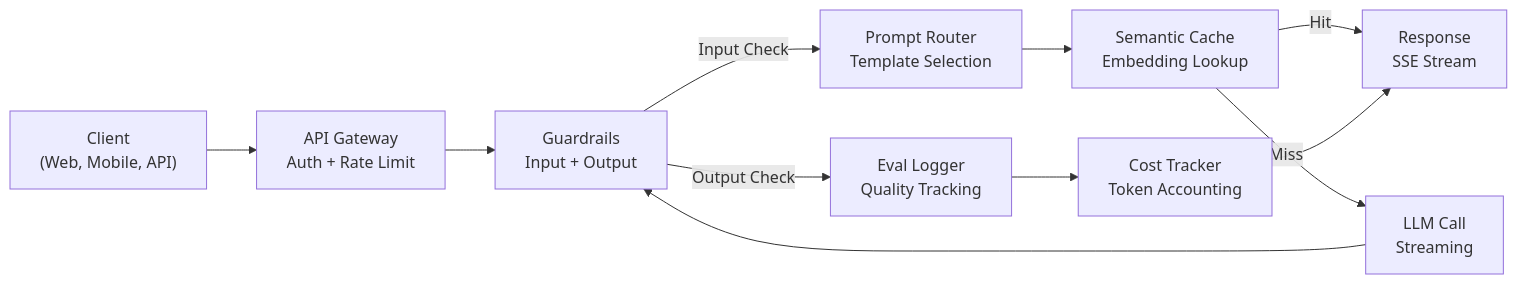
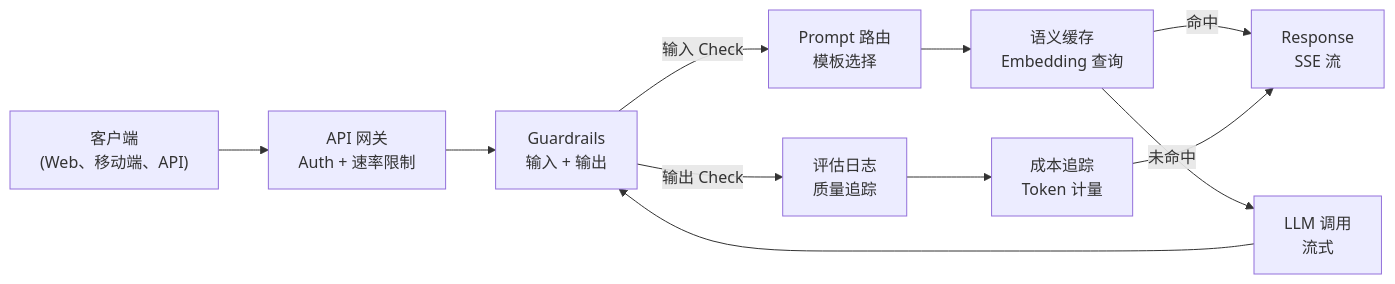
Before and after one commit to JerryC8080/ai-engineering-from-scratch-zh: the first of 3 diagrams in phases/11-llm-engineering/13-production-app/docs/zh.md, drawn with Mermaid. The commit also changed other lines of this file and 156 other files, not shown here.

First line of the commit message:
i18n(zh): translate mermaid diagram labels in 157 lesson zh.md

````diff
--- a/phases/11-llm-engineering/13-production-app/docs/zh.md
+++ b/phases/11-llm-engineering/13-production-app/docs/zh.md
@@ -43,21 +43,21 @@
 ```mermaid
 graph LR
-    Client["Client<br/>(Web, Mobile, API)"]
-    GW["API Gateway<br/>Auth + Rate Limit"]
-    PR["Prompt Router<br/>Template Selection"]
-    Cache["Semantic Cache<br/>Embedding Lookup"]
-    LLM["LLM Call<br/>Streaming"]
-    Guard["Guardrails<br/>Input + Output"]
-    Eval["Eval Logger<br/>Quality Tracking"]
-    Cost["Cost Tracker<br/>Token Accounting"]
-    Resp["Response<br/>SSE Stream"]
+    Client["客户端<br/>(Web、移动端、API)"]
+    GW["API 网关<br/>Auth + 速率限制"]
+    PR["Prompt 路由<br/>模板选择"]
+    Cache["语义缓存<br/>Embedding 查询"]
+    LLM["LLM 调用<br/>流式"]
+    Guard["Guardrails<br/>输入 + 输出"]
+    Eval["评估日志<br/>质量追踪"]
+    Cost["成本追踪<br/>Token 计量"]
+    Resp["Response<br/>SSE 流"]
 
     Client --> GW --> Guard
-    Guard -->|Input Check| PR
+    Guard -->|输入 Check| PR
     PR --> Cache
-    Cache -->|Hit| Resp
-    Cache -->|Miss| LLM
+    Cache -->|命中| Resp
+    Cache -->|未命中| LLM
     LLM --> Guard
-    Guard -->|Output Check| Eval
+    Guard -->|输出 Check| Eval
     Eval --> Cost --> Resp
 ```
````
